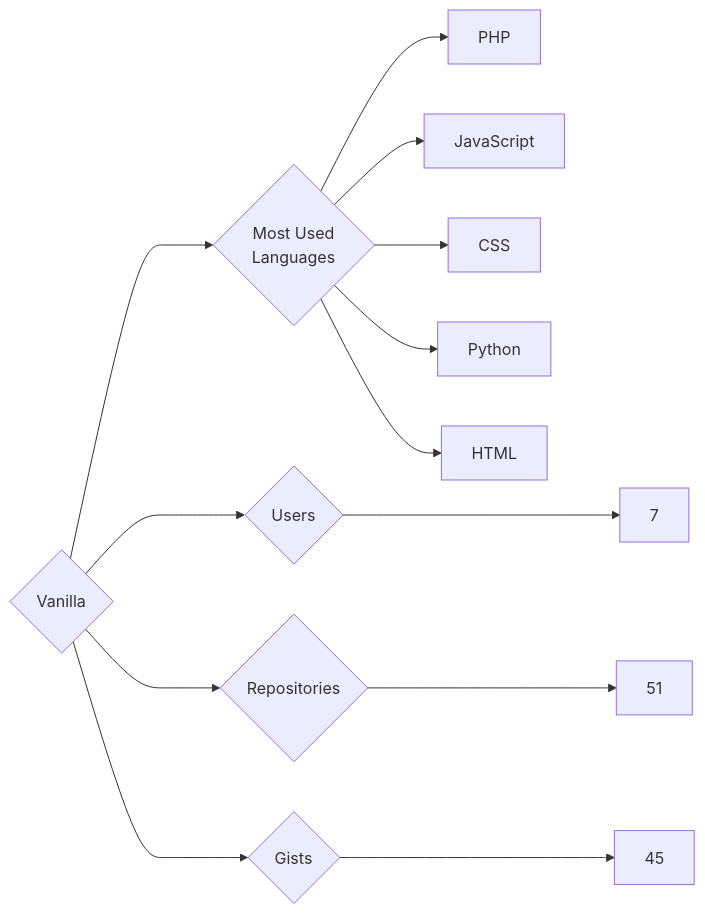
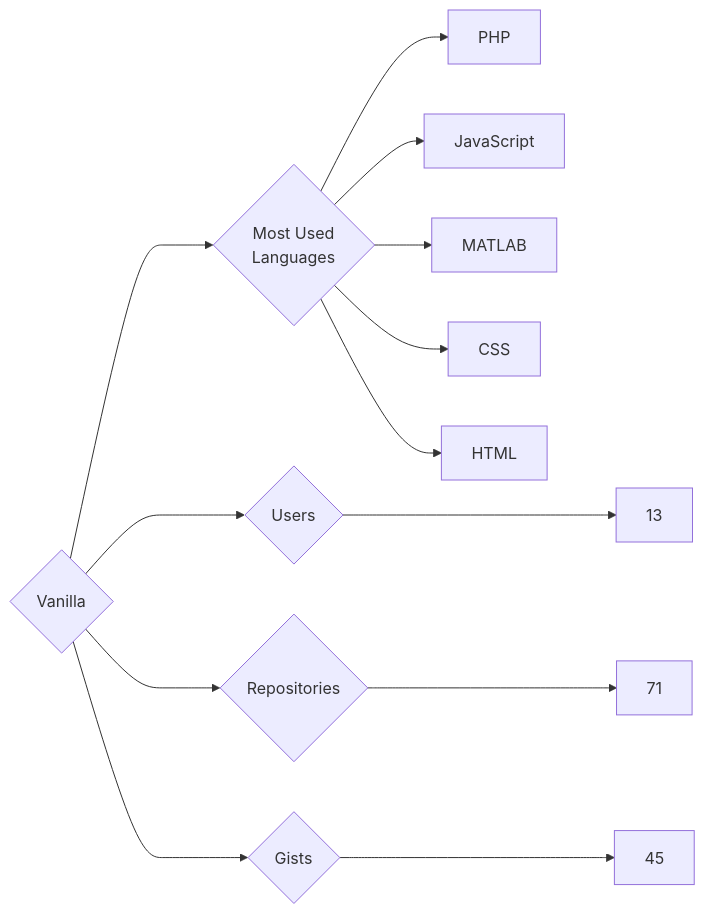
The diagram in targets/Vanilla/README.md (trickest/insiders), drawn with Mermaid before and after one commit. The commit also changed 833 other files, not shown here.

````diff
--- a/targets/Vanilla/README.md
+++ b/targets/Vanilla/README.md
@@ -3,13 +3,13 @@
 ```mermaid
 graph LR
 COMPANY_NAME{Vanilla}
-COMPANY_NAME ---> U{Users} ---> UN[7]
-COMPANY_NAME ---> R{Repositories} ---> RN[51]
+COMPANY_NAME ---> U{Users} ---> UN[13]
+COMPANY_NAME ---> R{Repositories} ---> RN[71]
 COMPANY_NAME ---> G{Gists} ---> GN[45]
 COMPANY_NAME ---> ML{Most Used<br>Languages}
 ML --> PHP[PHP]
 ML --> JavaScript[JavaScript]
+ML --> MATLAB[MATLAB]
 ML --> CSS[CSS]
-ML --> Python[Python]
 ML --> HTML[HTML]
 ```
````
